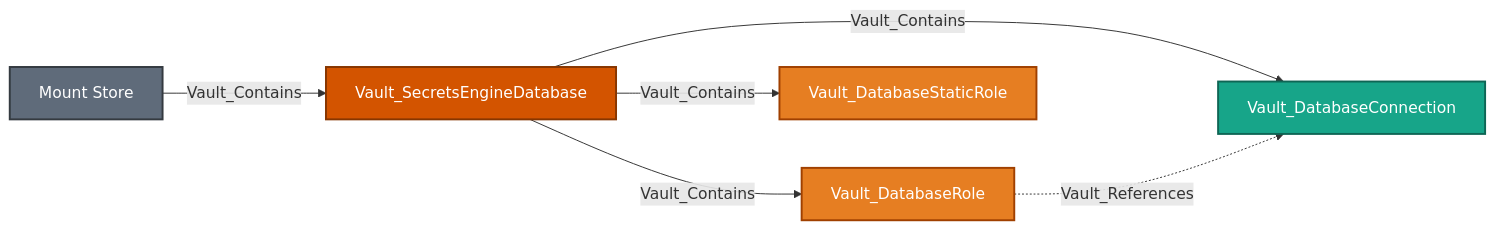
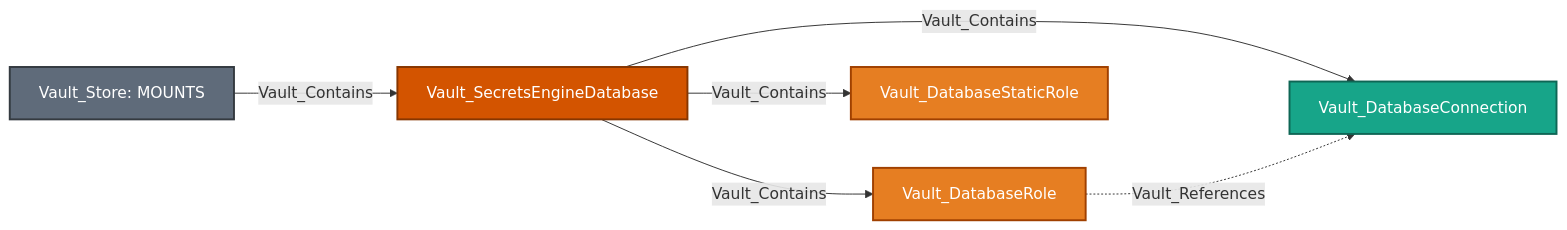
The seventh of 29 diagrams in Documentation/stores/MOUNTS.md (bytewreck/opengraph-vault), drawn with Mermaid before and after one commit. The commit also changed other lines of this file and 13 other files, not shown here.

````diff
--- a/Documentation/stores/MOUNTS.md
+++ b/Documentation/stores/MOUNTS.md
@@ -345,13 +374,13 @@
 ```mermaid
 flowchart LR
-    store[Mount Store]:::storeNode -->|Vault_Contains| mount[Vault_SecretsEngineDatabase]:::mountNode
+    store[Vault_Store: MOUNTS]:::storeNode -->|Vault_Contains| mount[Vault_SecretsEngineDatabase]:::mountNode
     mount -->|Vault_Contains| connection[Vault_DatabaseConnection]:::referenceNode
     mount -->|Vault_Contains| role[Vault_DatabaseRole]:::secretObjectNode
     mount -->|Vault_Contains| static[Vault_DatabaseStaticRole]:::secretObjectNode
     role -.->|Vault_References| connection
 
     classDef storeNode fill:#5F6B7A,color:#fff,stroke:#343A40,stroke-width:2px
     classDef mountNode fill:#D35400,color:#fff,stroke:#873600,stroke-width:2px
     classDef secretObjectNode fill:#E67E22,color:#fff,stroke:#A04000,stroke-width:2px
     classDef referenceNode fill:#17A589,color:#fff,stroke:#0E6655,stroke-width:2px
 ```
````
